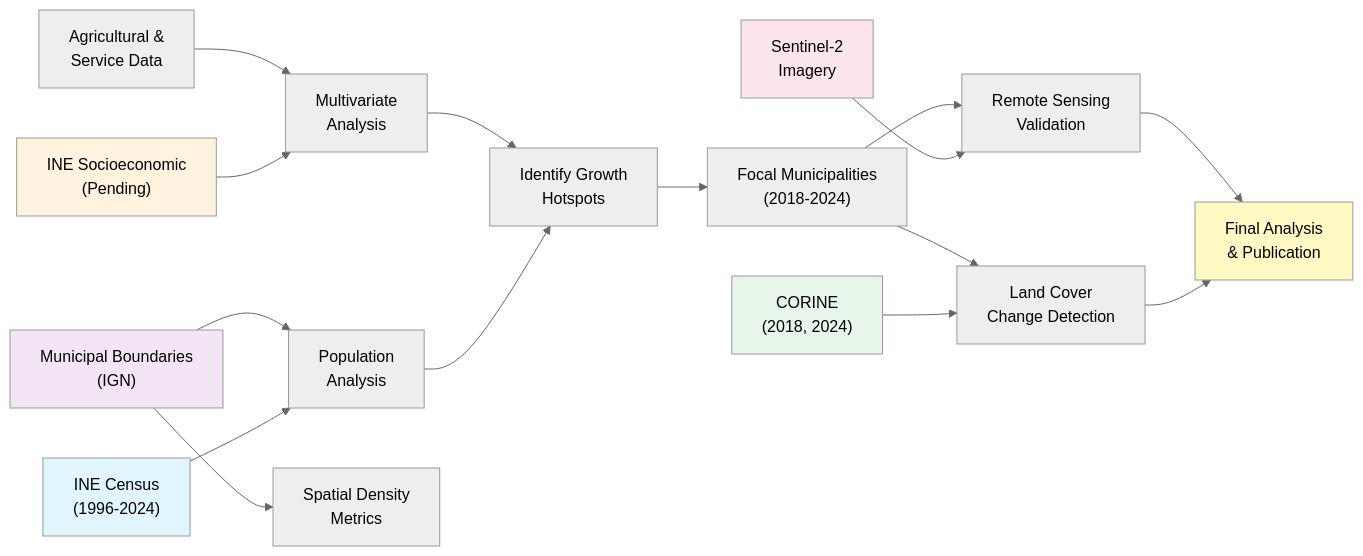
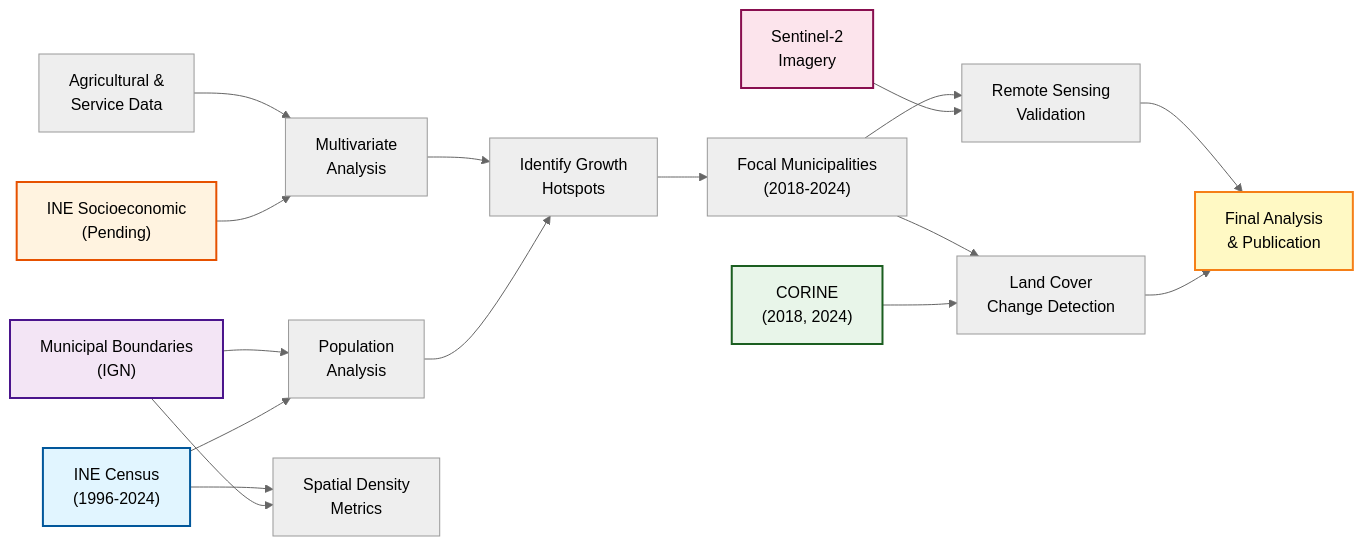
One commit to juanzotes/rural-migration-land-use-spain changed the diagram in README.md. Above: the diagram before and after it, drawn with Mermaid (neutral theme). The commit also changed other lines of this file, not shown here.

Commit message:
ReadMe update

````diff
--- a/README.md
+++ b/README.md
@@ -46,24 +46,25 @@
 ```mermaid
 graph LR
     A["INE Census<br/>(1996-2024)"] --> B["Population<br/>Analysis"]
     C["INE Socioeconomic<br/>(Pending)"] --> D["Multivariate<br/>Analysis"]
     E["Municipal Boundaries<br/>(IGN)"] --> B
     E --> F["Spatial Density<br/>Metrics"]
+    A --> F
     B --> G["Identify Growth<br/>Hotspots"]
     D --> G
     N["Agricultural &<br/>Service Data"] --> D
     G --> H["Focal Municipalities<br/>(2018-2024)"]
     I["CORINE<br/>(2018, 2024)"] --> J["Land Cover<br/>Change Detection"]
     K["Sentinel-2<br/>Imagery"] --> L["Remote Sensing<br/>Validation"]
     H --> J
     H --> L
     J --> M["Final Analysis<br/>& Publication"]
     L --> M
     
-    style A fill:#e1f5ff
-    style C fill:#fff3e0
-    style E fill:#f3e5f5
-    style I fill:#e8f5e9
-    style K fill:#fce4ec
-    style M fill:#fff9c4
+    style A fill:#e1f5ff,stroke:#01579b,stroke-width:2px,color:#000
+    style C fill:#fff3e0,stroke:#e65100,stroke-width:2px,color:#000
+    style E fill:#f3e5f5,stroke:#4a148c,stroke-width:2px,color:#000
+    style I fill:#e8f5e9,stroke:#1b5e20,stroke-width:2px,color:#000
+    style K fill:#fce4ec,stroke:#880e4f,stroke-width:2px,color:#000
+    style M fill:#fff9c4,stroke:#f57f17,stroke-width:2px,color:#000
 ```
````
